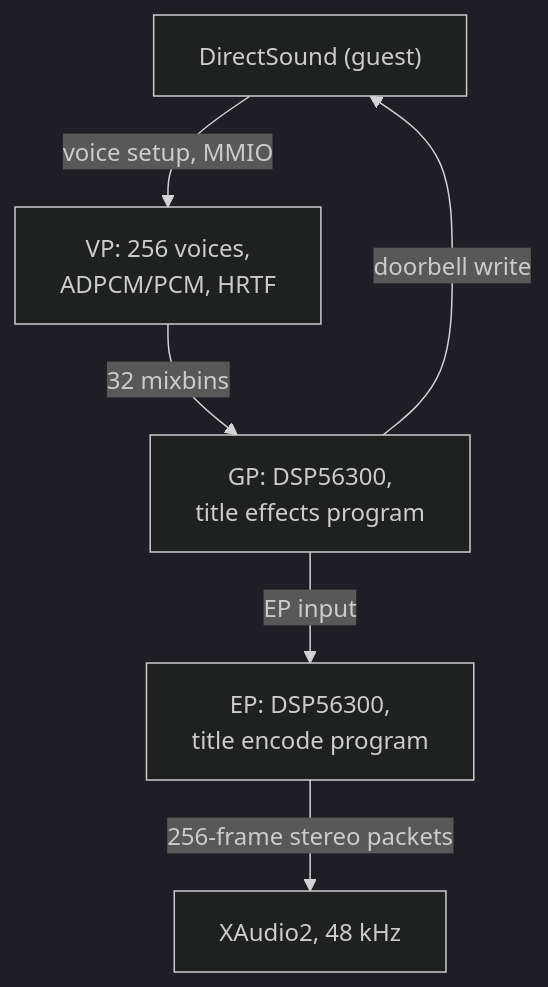
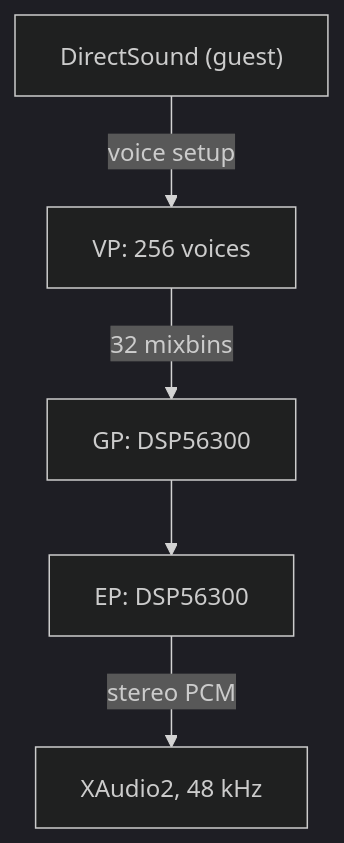
Before and after one commit to Modded-Software/xboxrecomp: the diagram in README.md, drawn with Mermaid (dark theme). The commit also changed other lines of this file, not shown here.

````diff
--- a/README.md
+++ b/README.md
@@ -56,8 +23,7 @@
 ```mermaid
 flowchart TB
-    ds["DirectSound (guest)"] -->|voice setup, MMIO| vp["VP: 256 voices,<br/>ADPCM/PCM, HRTF"]
-    vp -->|32 mixbins| gp["GP: DSP56300,<br/>title effects program"]
-    gp -->|EP input| ep["EP: DSP56300,<br/>title encode program"]
-    ep -->|256-frame stereo packets| xa2["XAudio2, 48 kHz"]
-    gp -->|doorbell write| ds
+    ds["DirectSound (guest)"] -->|voice setup| vp["VP: 256 voices"]
+    vp -->|32 mixbins| gp["GP: DSP56300"]
+    gp --> ep["EP: DSP56300"]
+    ep -->|stereo PCM| xa2["XAudio2, 48 kHz"]
 ```
````
